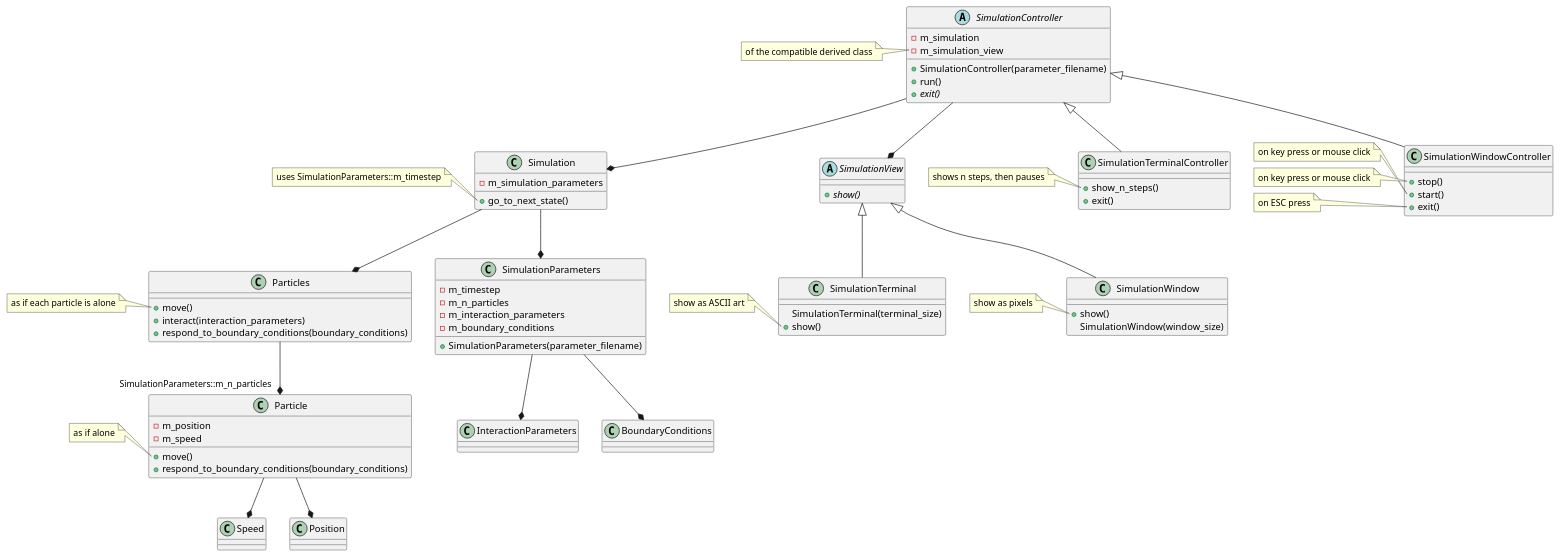
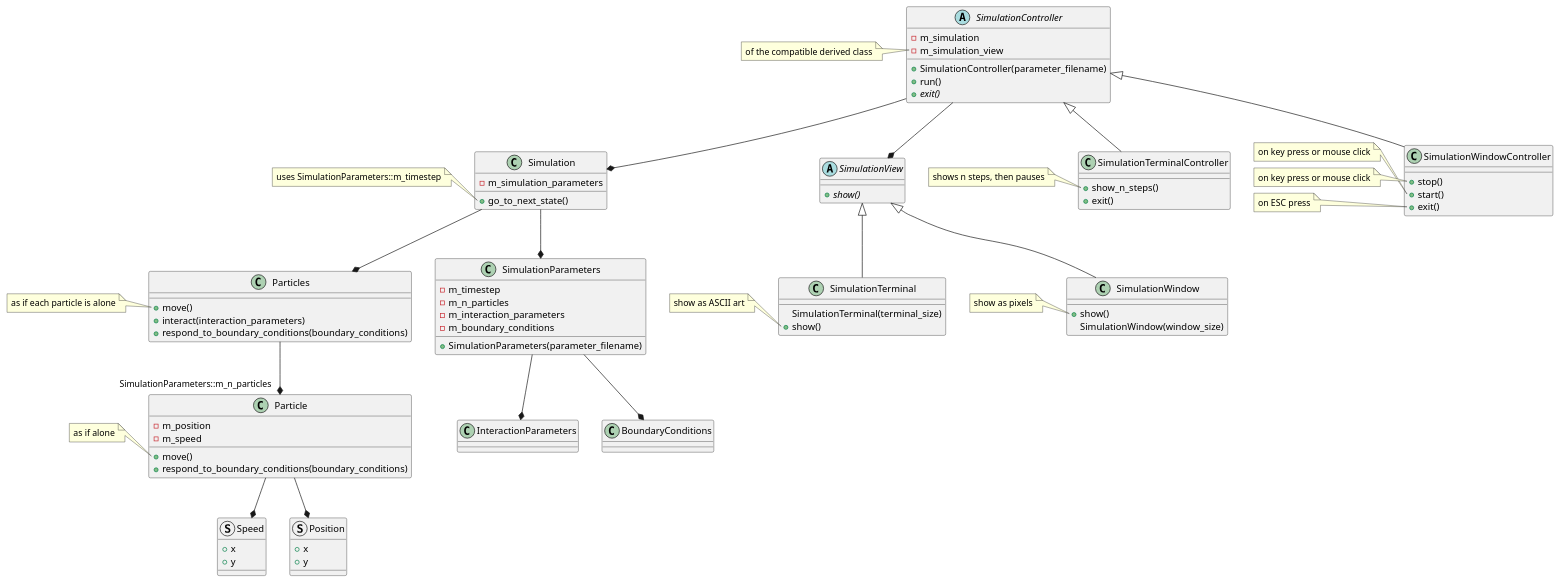
One commit to programming-formalisms/programming_formalisms_example_project changed the diagram in design/class_diagram_richel.puml. Above: the diagram before and after it, drawn with PlantUML.

Commit message:
Use struct for 'Position' and 'Speed'

```diff
--- a/design/class_diagram_richel.puml
+++ b/design/class_diagram_richel.puml
@@ -1,145 +1,155 @@
 @startuml
 
 class Simulation
 
 abstract class SimulationView
 class SimulationTerminal
 class SimulationWindow
 
 abstract class SimulationController
 class SimulationTerminalController
 class SimulationWindowController
 
 class SimulationParameters
 class Particles
 class Particle
-class Speed
-class Position
+struct Speed
+struct Position
 
 SimulationController --* Simulation
 SimulationController --* SimulationView
 
 Simulation --* SimulationParameters
 SimulationParameters --* InteractionParameters
 SimulationParameters --* BoundaryConditions
 
 Simulation --* Particles
 Particles --* "SimulationParameters::m_n_particles" Particle
 
 Particle --* Speed
 Particle --* Position
 
 
 SimulationView <|-- SimulationTerminal
 SimulationView <|-- SimulationWindow
 
 SimulationController <|-- SimulationTerminalController
 SimulationController <|-- SimulationWindowController
 
 class SimulationParameters {
   + SimulationParameters(parameter_filename)
   - m_timestep
   - m_n_particles
   - m_interaction_parameters
   - m_boundary_conditions
 }
 
 class Simulation {
   + go_to_next_state()
   - m_simulation_parameters
 }
 
 note left of Simulation::go_to_next_state
   uses SimulationParameters::m_timestep
 end note
 
 
 class Particles {
   + move()
   + interact(interaction_parameters)
   + respond_to_boundary_conditions(boundary_conditions)
 }
 
 note left of Particles::move
   as if each particle is alone
 end note
 
 class Particle {
   + move()
   + respond_to_boundary_conditions(boundary_conditions)
 
   - m_position
   - m_speed
 }
 
 note left of Particle::move
   as if alone
 end note
+
+struct Speed {
+  + x
+  + y
+}
+
+struct Position {
+  + x
+  + y
+}
 
 
 abstract class SimulationView {
   + {abstract} show()
 }
 
 class SimulationTerminal {
   SimulationTerminal(terminal_size)
   + show()
 }
 note left of SimulationTerminal::show
   show as ASCII art
 end note
 
 class SimulationWindow {
   + show()
   SimulationWindow(window_size)
 }
 
 note left of SimulationWindow::show
   show as pixels
 end note
 
 
 abstract class SimulationController {
   + SimulationController(parameter_filename)
   + run()
   + {abstract} exit()
   - m_simulation
   - m_simulation_view
 }
 
 note left of SimulationController::m_simulation_view
   of the compatible derived class
 end note
 
 
 class SimulationTerminalController {
   + show_n_steps()
   + exit()
 }
 
 note left of SimulationTerminalController::show_n_steps
   shows n steps, then pauses
 end note
 
 
 class SimulationWindowController {
   + stop()
   + start()
   + exit()
 }
 
 note left of SimulationWindowController::start
   on key press or mouse click
 end note
 
 note left of SimulationWindowController::stop
   on key press or mouse click
 end note
 
 note left of SimulationWindowController::exit
   on ESC press
 end note
 
 
 
 @enduml
```
